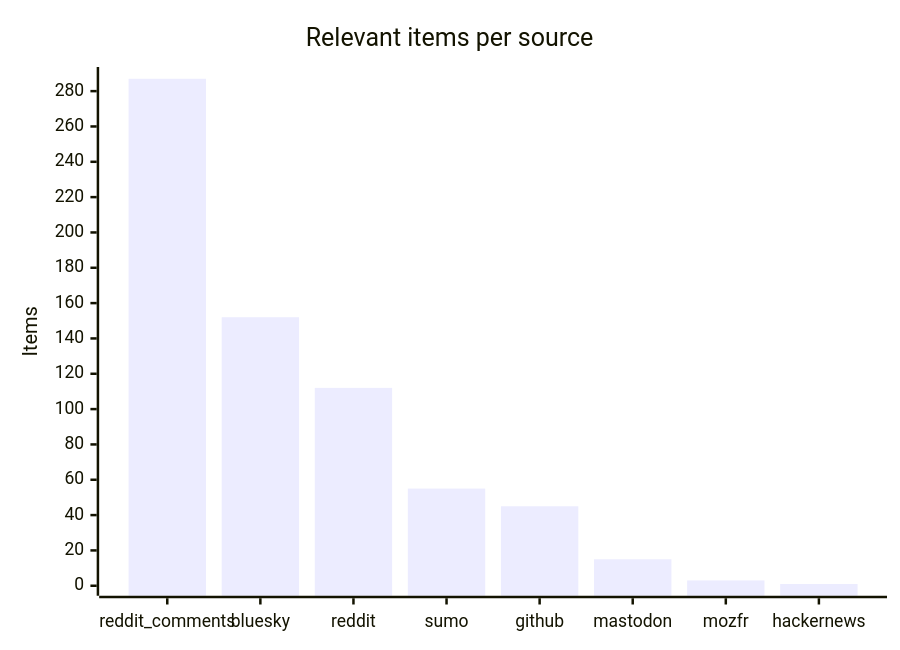
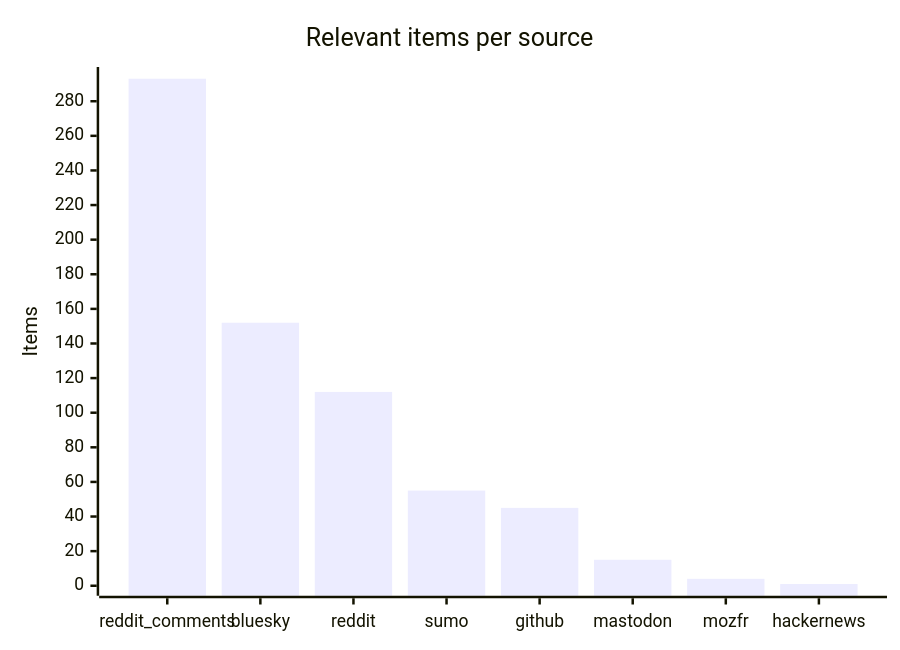
One commit to martinbalfanz/social-scanner-reports changed the third of 4 diagrams in README.md. Above: the diagram before and after it, drawn with Mermaid. The commit also changed other lines of this file and 5 other files, not shown here.

````diff
--- a/README.md
+++ b/README.md
@@ -48,7 +48,7 @@
 ```mermaid
 xychart-beta
     title "Relevant items per source"
     x-axis ["reddit_comments", "bluesky", "reddit", "sumo", "github", "mastodon", "mozfr", "hackernews"]
-    y-axis "Items" 0 --> 288
-    bar [287, 152, 112, 55, 45, 15, 3, 1]
+    y-axis "Items" 0 --> 294
+    bar [293, 152, 112, 55, 45, 15, 4, 1]
 ```
````
